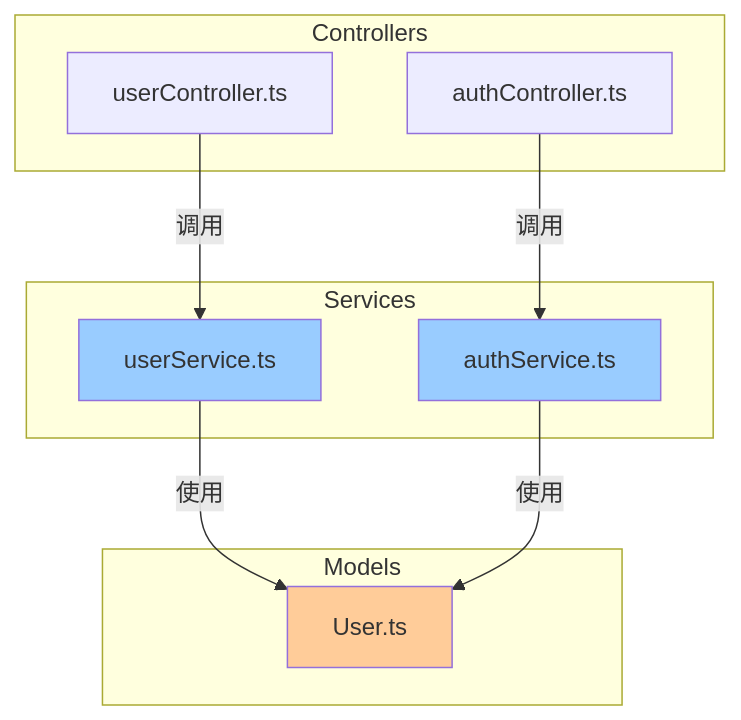
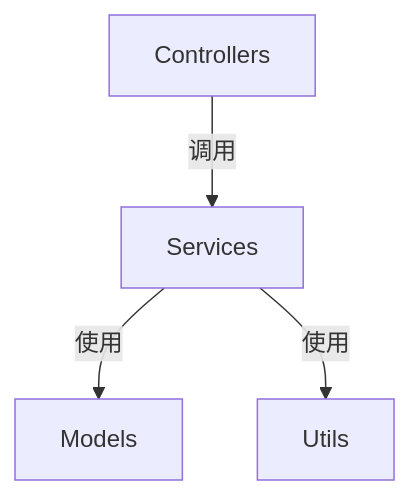
The diagram in README.md (farooqhdigs/project-multilevel-index), drawn with Mermaid before and after one commit. The commit also changed other lines of this file and 5 other files, not shown here.

````diff
--- a/README.md
+++ b/README.md
@@ -523,25 +143,6 @@
 ```mermaid
 graph TB
-  subgraph Controllers
-    UserCtrl[userController.ts]
-    AuthCtrl[authController.ts]
-  end
-
-  subgraph Services
-    UserSvc[userService.ts]
-    AuthSvc[authService.ts]
-  end
-
-  subgraph Models
-    UserModel[User.ts]
-  end
-
-  UserCtrl -->|调用| UserSvc
-  AuthCtrl -->|调用| AuthSvc
-  UserSvc -->|使用| UserModel
-  AuthSvc -->|使用| UserModel
-
-  style UserSvc fill:#9cf
-  style AuthSvc fill:#9cf
-  style UserModel fill:#fc9
+    Controllers -->|调用| Services
+    Services -->|使用| Models
+    Services -->|使用| Utils
 ```
````
